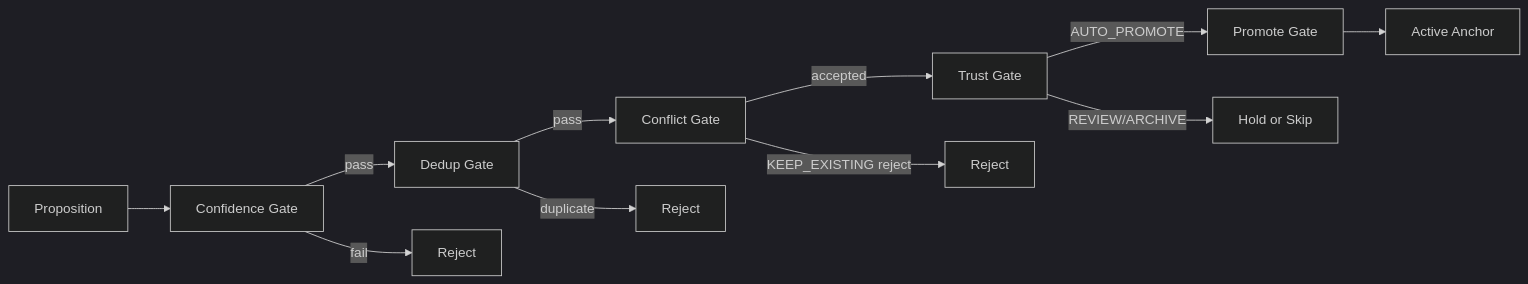
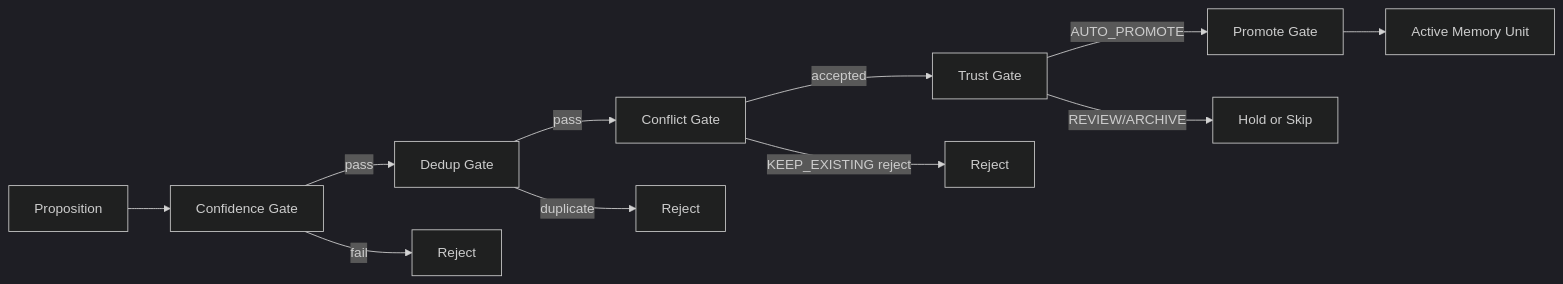
One commit to jimador/arc-mem changed the first of 3 diagrams in docs/promotion-revision-supersession.md. Above: the diagram before and after it, drawn with Mermaid (dark theme). The commit also changed other lines of this file and 1260 other files, not shown here.

````diff
--- a/docs/promotion-revision-supersession.md
+++ b/docs/promotion-revision-supersession.md
@@ -13,13 +13,13 @@
 ```mermaid
 flowchart LR
     P["Proposition"] --> G1["Confidence Gate"]
     G1 -->|pass| G2["Dedup Gate"]
     G1 -->|fail| R1["Reject"]
     G2 -->|pass| G3["Conflict Gate"]
     G2 -->|duplicate| R2["Reject"]
     G3 -->|accepted| G4["Trust Gate"]
     G3 -->|KEEP_EXISTING reject| R3["Reject"]
     G4 -->|AUTO_PROMOTE| G5["Promote Gate"]
     G4 -->|REVIEW/ARCHIVE| R4["Hold or Skip"]
-    G5 --> A["Active Anchor"]
+    G5 --> A["Active Memory Unit"]
 ```
````
